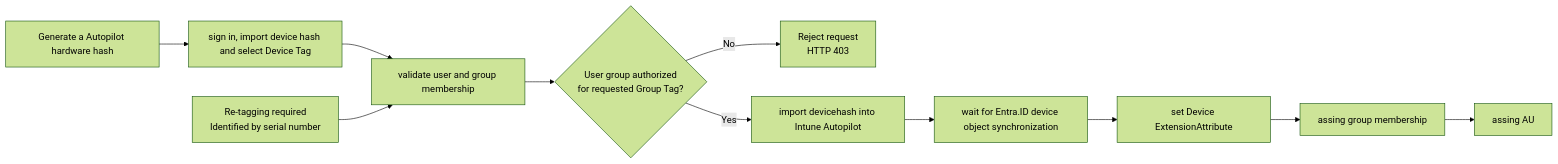
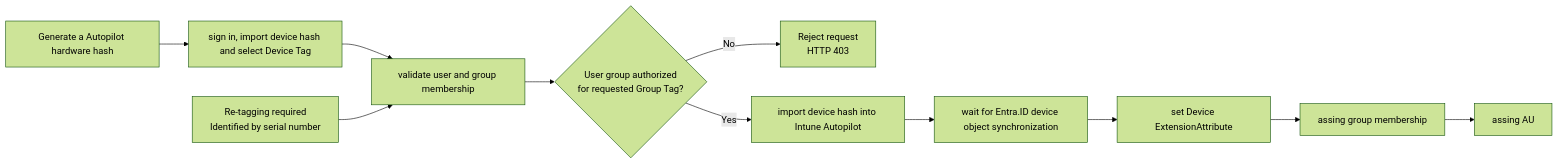
One commit to Kili69/Intune-Autopilotimporter changed the diagram in README.md. Above: the diagram before and after it, drawn with Mermaid (forest theme). The commit also changed other lines of this file and 31 other files, not shown here.

````diff
--- a/README.md
+++ b/README.md
@@ -67,19 +67,19 @@
 ```mermaid
 flowchart LR
     CSV[Generate a Autopilot hardware hash]
     Client[sign in, import device hash and select Device Tag]
     ReTag[Re-tagging required<br/>Identified by serial number]
     EasyAuth[validate user and group membership]
     Authorize{User group authorized<br/>for requested Group Tag?}
     Reject[Reject request<br/>HTTP 403]
-    Function[import devicehash into Intune Autopilot]
+    Function[import device hash into Intune Autopilot]
     Graph[wait for Entra.ID device object synchronization]
     Intune[set Device ExtensionAttribute]
     Queue[assing group membership]
     Entra[assing AU]
 
     CSV --> Client --> EasyAuth --> Authorize
     ReTag --> EasyAuth
     Authorize -- No --> Reject
     Authorize -- Yes --> Function --> Graph --> Intune --> Queue --> Entra
 ```
````
